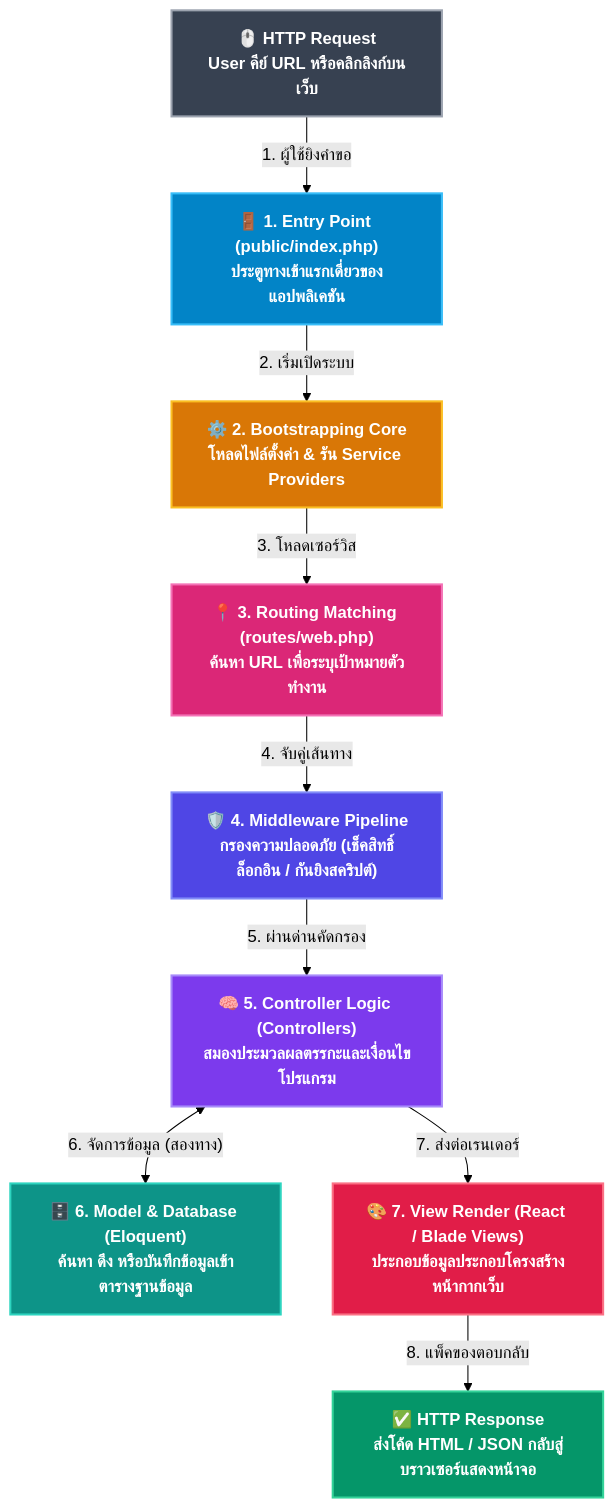
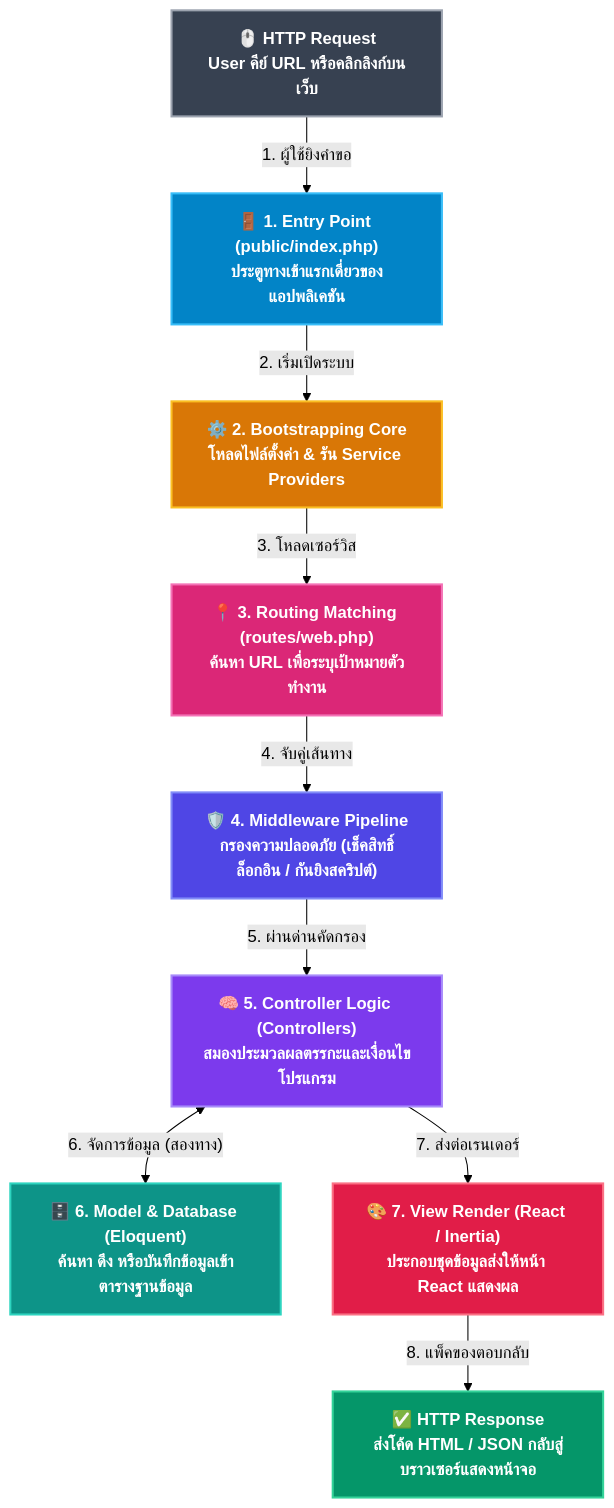
One commit to Krungsri/laravel-vibecode changed the second of 7 diagrams in 01-lesson.md. Above: the diagram before and after it, drawn with Mermaid (forest theme). The commit also changed other lines of this file and 1 other file, not shown here.

Commit message:
docs: replace Blade template engine with React & Inertia.js views

````diff
--- a/01-lesson.md
+++ b/01-lesson.md
@@ -406,34 +406,34 @@
 ```mermaid
 flowchart TD
     %% Nodes Definitions
     A["🖱️ <b>HTTP Request</b><br>User คีย์ URL หรือคลิกลิงก์บนเว็บ"]
     B["🚪 <b>1. Entry Point</b> (public/index.php)<br>ประตูทางเข้าแรกเดี่ยวของแอปพลิเคชัน"]
     C["⚙️ <b>2. Bootstrapping Core</b><br>โหลดไฟล์ตั้งค่า & รัน Service Providers"]
     D["📍 <b>3. Routing Matching</b> (routes/web.php)<br>ค้นหา URL เพื่อระบุเป้าหมายตัวทำงาน"]
     E["🛡️ <b>4. Middleware Pipeline</b><br>กรองความปลอดภัย (เช็คสิทธิ์ล็อกอิน / กันยิงสคริปต์)"]
     F["🧠 <b>5. Controller Logic</b> (Controllers)<br>สมองประมวลผลตรรกะและเงื่อนไขโปรแกรม"]
     G["🗄️ <b>6. Model & Database</b> (Eloquent)<br>ค้นหา ดึง หรือบันทึกข้อมูลเข้าตารางฐานข้อมูล"]
-    H["🎨 <b>7. View Render</b> (React / Blade Views)<br>ประกอบข้อมูลประกอบโครงสร้างหน้ากากเว็บ"]
+    H["🎨 <b>7. View Render</b> (React / Inertia)<br>ประกอบชุดข้อมูลส่งให้หน้า React แสดงผล"]
     I["✅ <b>HTTP Response</b><br>ส่งโค้ด HTML / JSON กลับสู่บราวเซอร์แสดงหน้าจอ"]
 
     %% Flow connections
     A -->|"1. ผู้ใช้ยิงคำขอ"| B
     B -->|"2. เริ่มเปิดระบบ"| C
     C -->|"3. โหลดเซอร์วิส"| D
     D -->|"4. จับคู่เส้นทาง"| E
     E -->|"5. ผ่านด่านคัดกรอง"| F
     F <-->|"6. จัดการข้อมูล (สองทาง)"| G
     F -->|"7. ส่งต่อเรนเดอร์"| H
     H -->|"8. แพ็คของตอบกลับ"| I
 
     %% Premium Custom Styling
     style A fill:#374151,stroke:#9ca3af,stroke-width:2px,color:#ffffff,font-weight:bold
     style B fill:#0284c7,stroke:#38bdf8,stroke-width:2px,color:#ffffff,font-weight:bold
     style C fill:#d97706,stroke:#fbbf24,stroke-width:2px,color:#ffffff,font-weight:bold
     style D fill:#db2777,stroke:#f472b6,stroke-width:2px,color:#ffffff,font-weight:bold
     style E fill:#4f46e5,stroke:#818cf8,stroke-width:2px,color:#ffffff,font-weight:bold
     style F fill:#7c3aed,stroke:#a78bfa,stroke-width:2px,color:#ffffff,font-weight:bold
     style G fill:#0d9488,stroke:#2dd4bf,stroke-width:2px,color:#ffffff,font-weight:bold
     style H fill:#e11d48,stroke:#fb7185,stroke-width:2px,color:#ffffff,font-weight:bold
     style I fill:#059669,stroke:#34d399,stroke-width:2px,color:#ffffff,font-weight:bold
 ```
````
